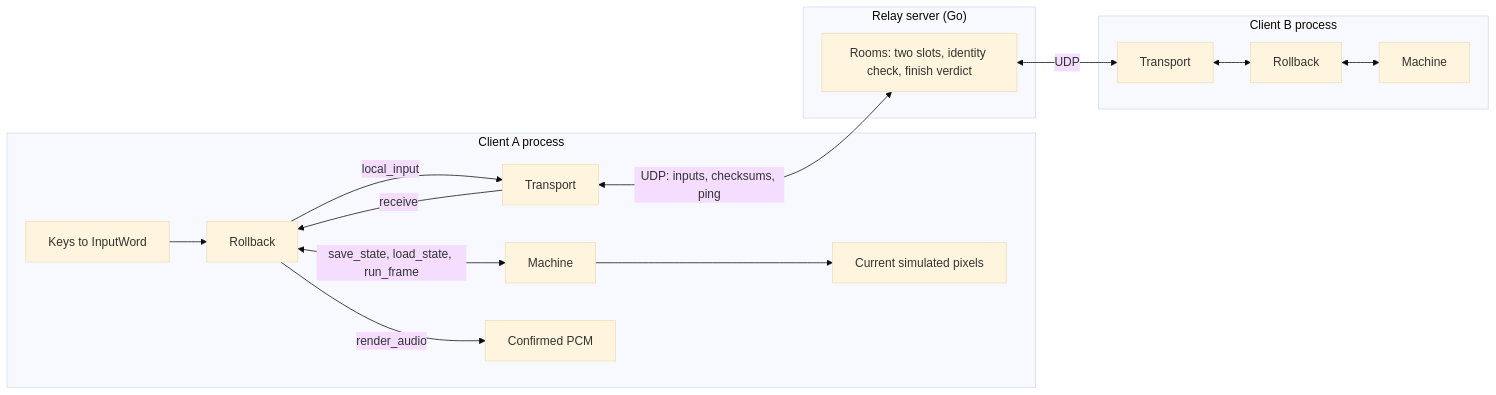
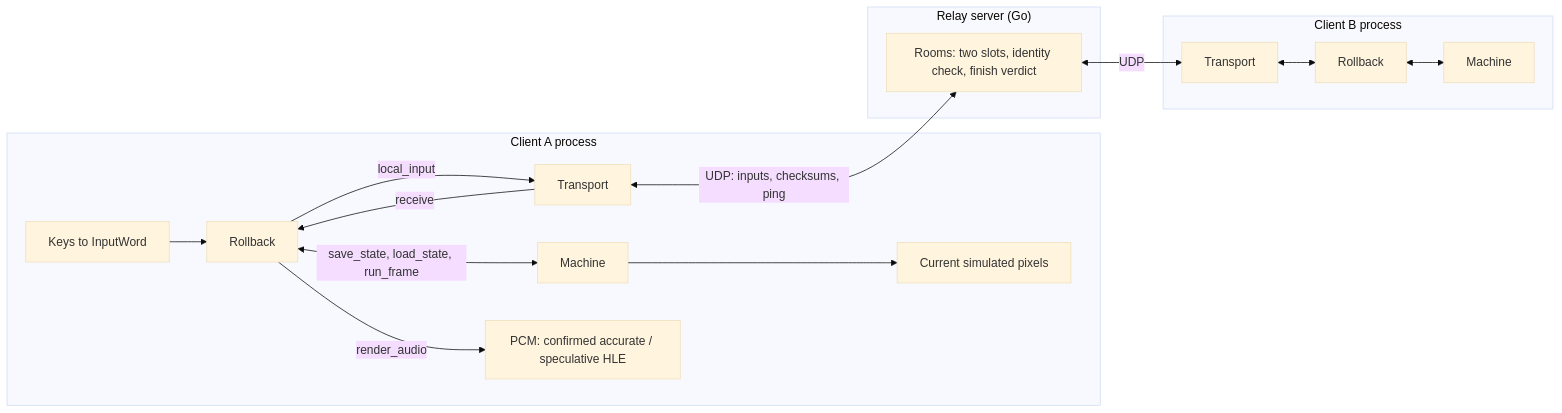
Before and after one commit to ansxor/f3-recomp: the fourth of 5 diagrams in docs/site/developer/architecture.md, drawn with Mermaid (base theme). The commit also changed other lines of this file and 43 other files, not shown here.

````diff
--- a/docs/site/developer/architecture.md
+++ b/docs/site/developer/architecture.md
@@ -360,29 +362,29 @@
 ```mermaid
 flowchart LR
     subgraph ClientA["Client A process"]
         KA["Keys to InputWord"]
         RA["Rollback"]
         MA["Machine"]
         TA["Transport"]
-        OA["Confirmed PCM"]
+        OA["PCM: confirmed accurate / speculative HLE"]
         PX["Current simulated pixels"]
     end
     subgraph Relay["Relay server (Go)"]
         RS["Rooms: two slots, identity check, finish verdict"]
     end
     subgraph ClientB["Client B process"]
         TB["Transport"]
         RB["Rollback"]
         MB["Machine"]
     end
     KA --> RA
     RA -->|"local_input"| TA
     RA <-->|"save_state, load_state, run_frame"| MA
     RA -->|"render_audio"| OA
     MA --> PX
     TA <-->|"UDP: inputs, checksums, ping"| RS
     RS <-->|"UDP"| TB
     TB <--> RB
     RB <--> MB
     TA -->|"receive"| RA
 ```
````
